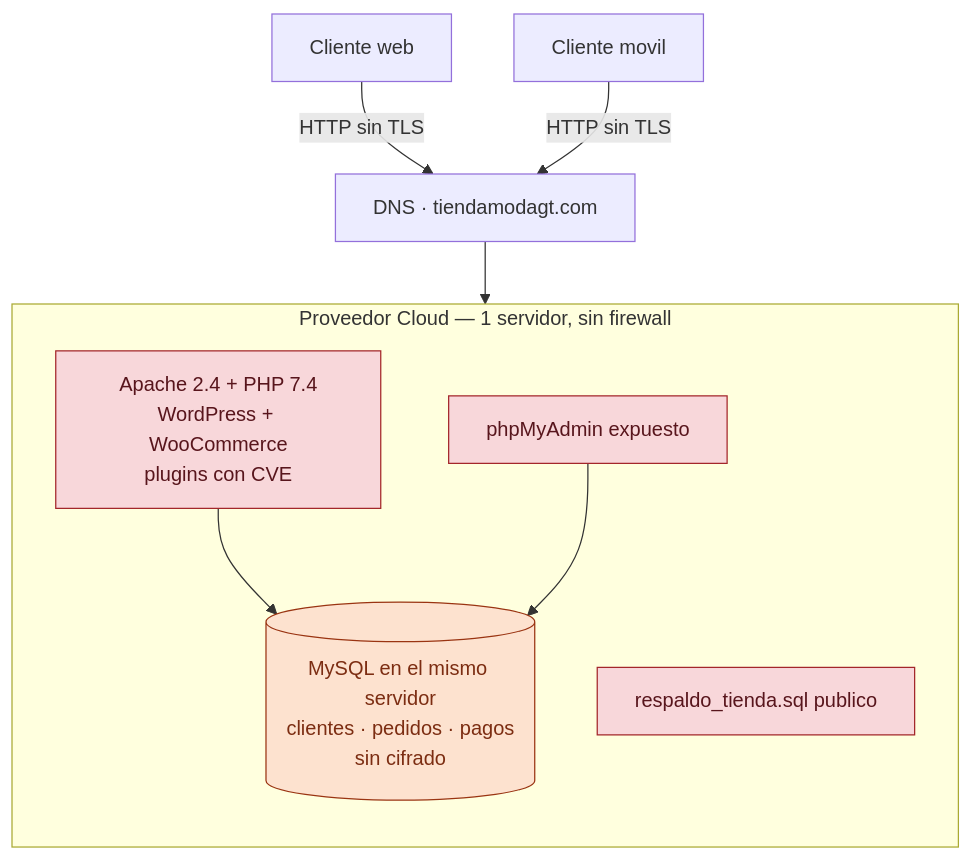
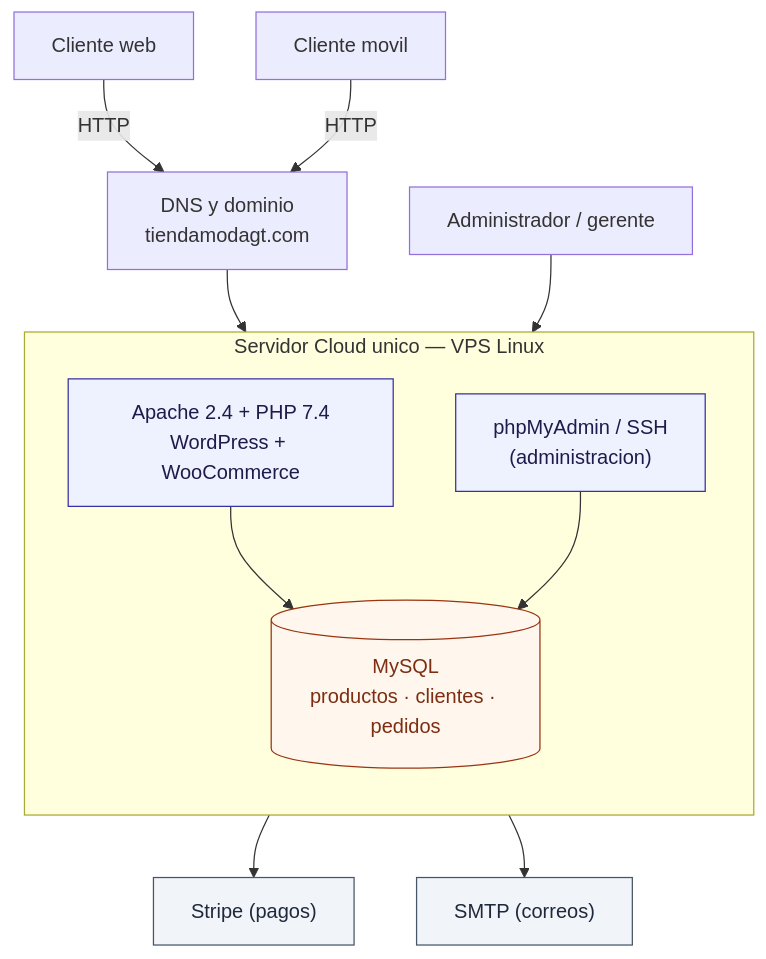
Before and after one commit to JavierNavas/tienda-moda-gt: the diagram in README.md, drawn with Mermaid. The commit also changed other lines of this file and 1 other file, not shown here.

Commit message:
Refina el diagrama de produccion as-is: capas de aplicacion, datos y administracion con servicios externos, estilo de infraestructura real

````diff
--- a/README.md
+++ b/README.md
@@ -22,25 +22,32 @@
 ```mermaid
 flowchart TB
     WEB["Cliente web"]
     MOV["Cliente movil"]
-    DNS["DNS · tiendamodagt.com"]
+    OPS["Administrador / gerente"]
+    DNS["DNS y dominio<br/>tiendamodagt.com"]
 
-    subgraph CLOUD["Proveedor Cloud — 1 servidor, sin firewall"]
+    subgraph HOST["Servidor Cloud unico — VPS Linux"]
         direction TB
-        APA["Apache 2.4 + PHP 7.4<br/>WordPress + WooCommerce<br/>plugins con CVE"]
-        PMA["phpMyAdmin expuesto"]
-        BK["respaldo_tienda.sql publico"]
-        DB[("MySQL en el mismo servidor<br/>clientes · pedidos · pagos<br/>sin cifrado")]
+        APA["Apache 2.4 + PHP 7.4<br/>WordPress + WooCommerce"]
+        DB[("MySQL<br/>productos · clientes · pedidos")]
+        PMA["phpMyAdmin / SSH<br/>(administracion)"]
     end
 
-    WEB -->|"HTTP sin TLS"| DNS
-    MOV -->|"HTTP sin TLS"| DNS
+    PAY["Stripe (pagos)"]
+    MAIL["SMTP (correos)"]
+
+    WEB -->|"HTTP"| DNS
+    MOV -->|"HTTP"| DNS
     DNS --> APA
     APA --> DB
-    PMA --> DB
+    APA --> PAY
+    APA --> MAIL
+    OPS --> PMA --> DB
 
-    classDef bad fill:#f8d7da,stroke:#a3262a,color:#58151c;
-    classDef db fill:#fde2cf,stroke:#9a3412,color:#7c2d12;
-    class APA,PMA,BK bad;
+    classDef app fill:#eef2ff,stroke:#3730a3,color:#1e1b4b;
+    classDef db fill:#fff7ed,stroke:#9a3412,color:#7c2d12;
+    classDef ext fill:#f1f5f9,stroke:#475569,color:#1e293b;
+    class APA,PMA app;
     class DB db;
+    class PAY,MAIL ext;
 ```
````
